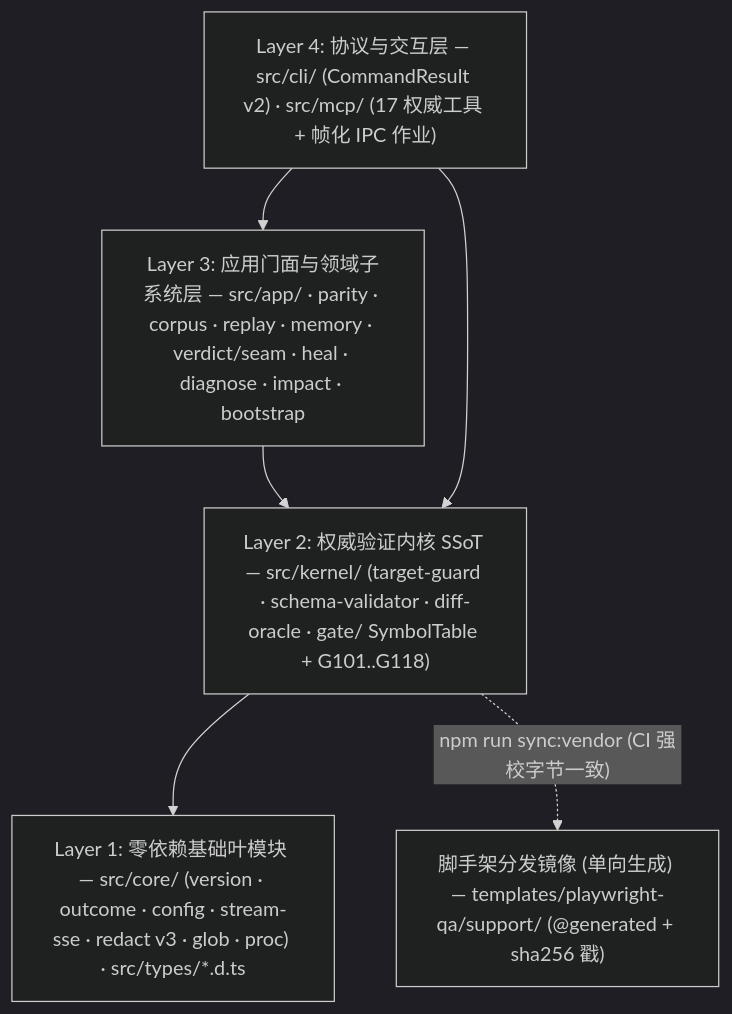
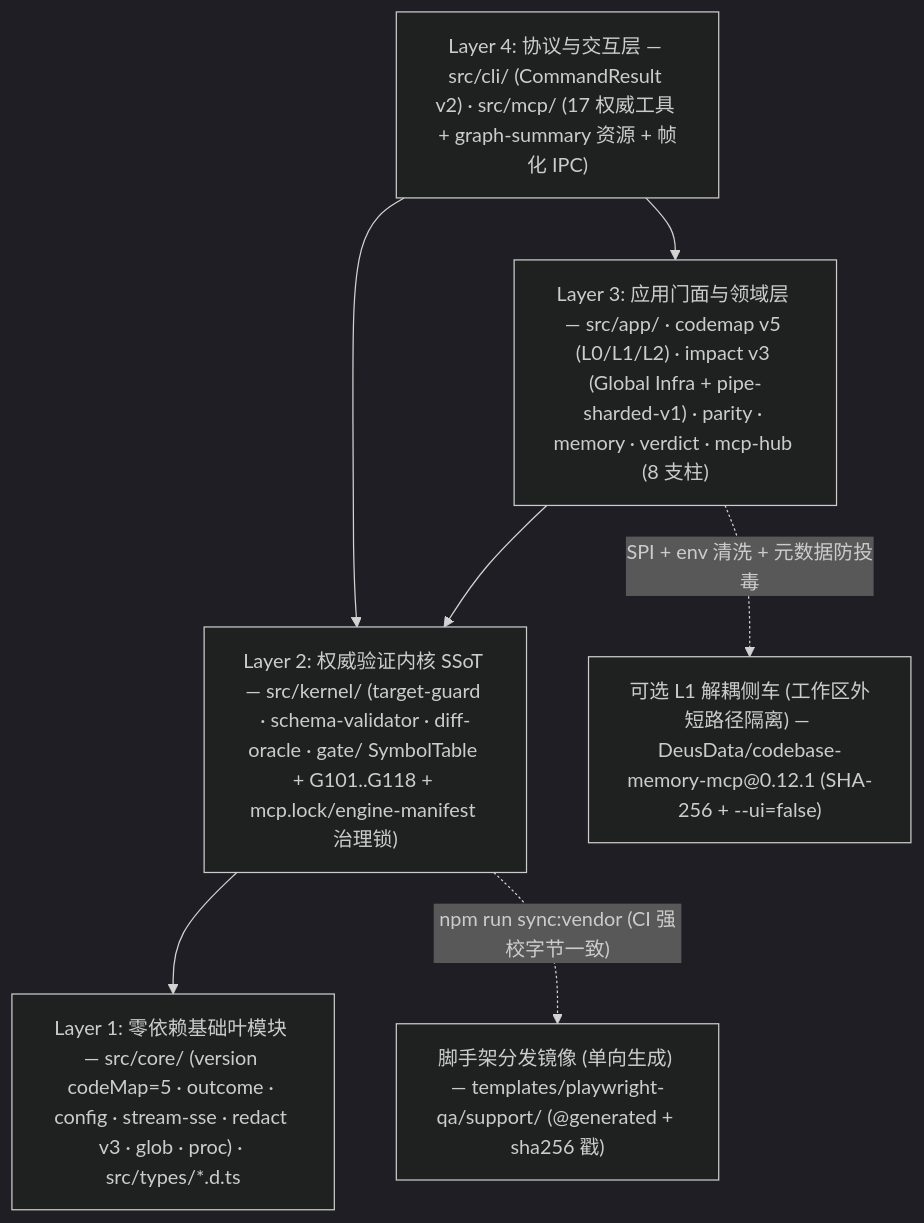
One commit to seaworld008/ai-test-workbench changed the diagram in README.md. Above: the diagram before and after it, drawn with Mermaid (dark theme). The commit also changed other lines of this file and 147 other files, not shown here.

Commit message:
feat(v6.6.0): CodeMap v5, Diff-Impact v3, pinned codebase-memory-mcp sidecar & 8-pillar MCP Hub

````diff
--- a/README.md
+++ b/README.md
@@ -84,12 +85,14 @@
 ```mermaid
 flowchart TB
-    L4["Layer 4: 协议与交互层 — src/cli/ (CommandResult v2) · src/mcp/ (17 权威工具 + 帧化 IPC 作业)"]
-    L3["Layer 3: 应用门面与领域子系统层 — src/app/ · parity · corpus · replay · memory · verdict/seam · heal · diagnose · impact · bootstrap"]
-    L2["Layer 2: 权威验证内核 SSoT — src/kernel/ (target-guard · schema-validator · diff-oracle · gate/ SymbolTable + G101..G118)"]
-    L1["Layer 1: 零依赖基础叶模块 — src/core/ (version · outcome · config · stream-sse · redact v3 · glob · proc) · src/types/*.d.ts"]
+    L4["Layer 4: 协议与交互层 — src/cli/ (CommandResult v2) · src/mcp/ (17 权威工具 + graph-summary 资源 + 帧化 IPC)"]
+    L3["Layer 3: 应用门面与领域层 — src/app/ · codemap v5 (L0/L1/L2) · impact v3 (Global Infra + pipe-sharded-v1) · parity · memory · verdict · mcp-hub (8 支柱)"]
+    L2["Layer 2: 权威验证内核 SSoT — src/kernel/ (target-guard · schema-validator · diff-oracle · gate/ SymbolTable + G101..G118 + mcp.lock/engine-manifest 治理锁)"]
+    L1["Layer 1: 零依赖基础叶模块 — src/core/ (version codeMap=5 · outcome · config · stream-sse · redact v3 · glob · proc) · src/types/*.d.ts"]
+    CBM["可选 L1 解耦侧车 (工作区外短路径隔离) — DeusData/codebase-memory-mcp@0.12.1 (SHA-256 + --ui=false)"]
     TPL["脚手架分发镜像 (单向生成) — templates/playwright-qa/support/ (@generated + sha256 戳)"]
 
     L4 --> L3 --> L2 --> L1
     L4 --> L2
+    L3 -. "SPI + env 清洗 + 元数据防投毒" .-> CBM
     L2 -. "npm run sync:vendor (CI 强校字节一致)" .-> TPL
 ```
````
